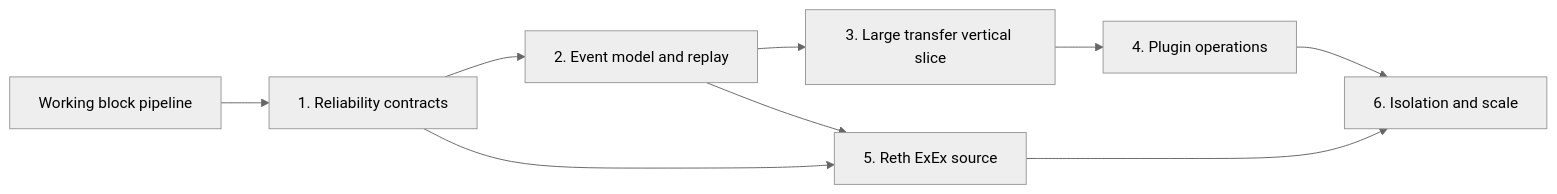
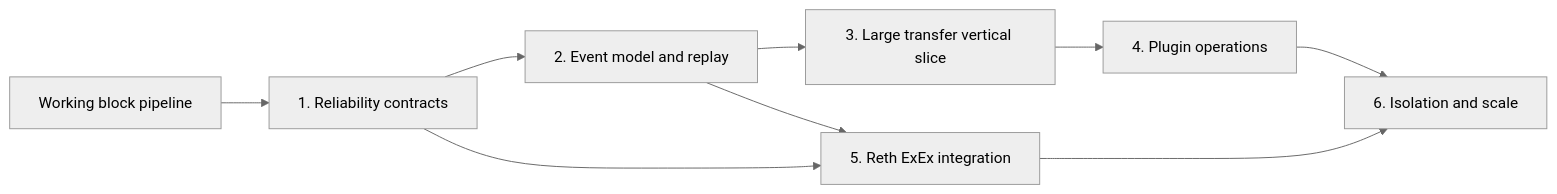
One commit to abhi3700/raven changed the diagram in docs/reference/roadmap.mdx. Above: the diagram before and after it, drawn with Mermaid (neutral theme). The commit also changed other lines of this file and 14 other files, not shown here.

````diff
--- a/docs/reference/roadmap.mdx
+++ b/docs/reference/roadmap.mdx
@@ -12,11 +12,11 @@
 ```mermaid
 flowchart LR
     baseline[Working block pipeline] --> reliability[1. Reliability contracts]
     reliability --> eventModel[2. Event model and replay]
     eventModel --> firstPlugin[3. Large transfer vertical slice]
     firstPlugin --> pluginPlatform[4. Plugin operations]
-    reliability --> secondSource[5. Reth ExEx source]
+    reliability --> secondSource[5. Reth ExEx integration]
     eventModel --> secondSource
     pluginPlatform --> scale[6. Isolation and scale]
     secondSource --> scale
 ```
````
